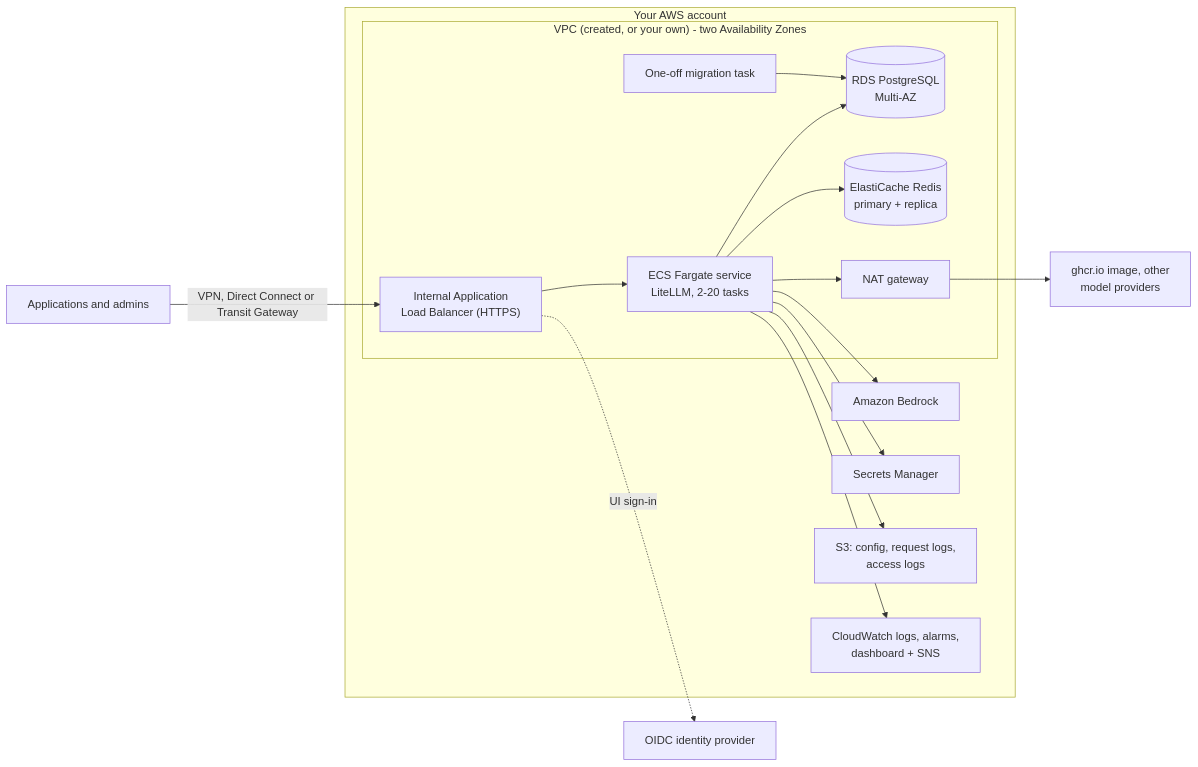
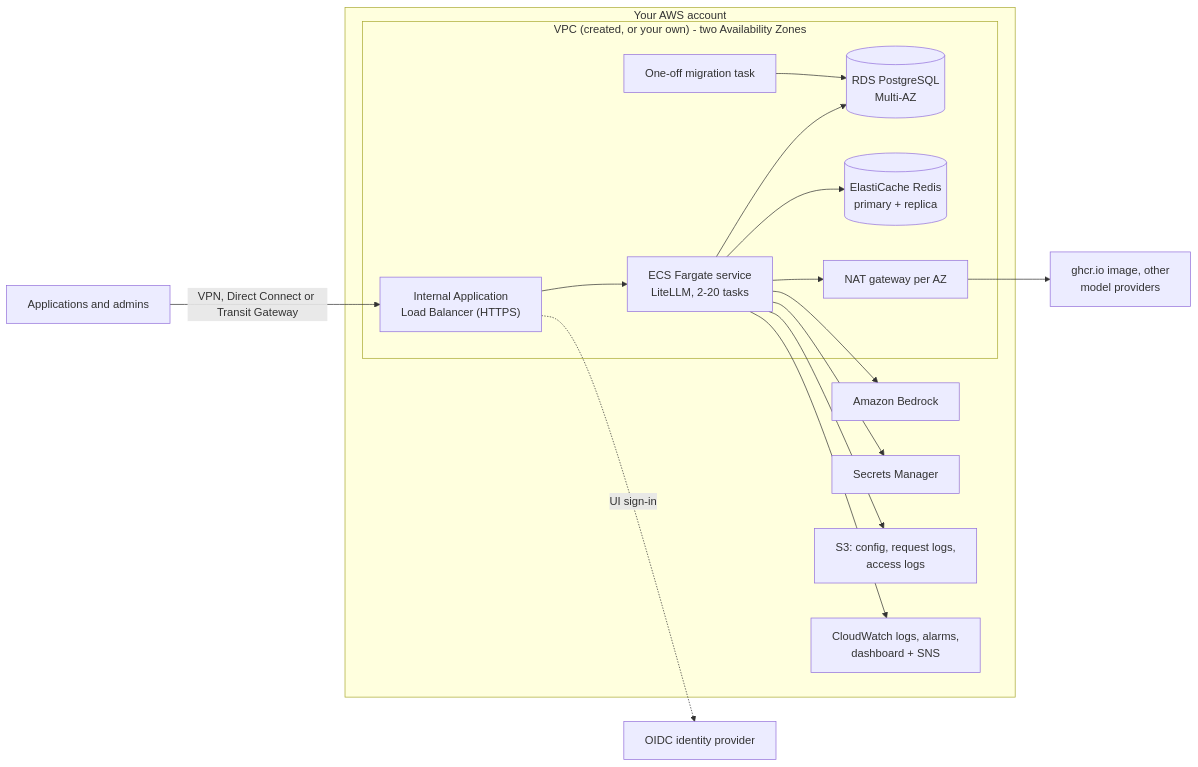
Before and after one commit to aws-solutions-library-samples/guidance-for-multi-provider-generative-ai-gateway-on-aws: the diagram in README.md, drawn with Mermaid. The commit also changed other lines of this file and 30 other files, not shown here.

````diff
--- a/README.md
+++ b/README.md
@@ -40,34 +40,34 @@
 ```mermaid
 flowchart LR
     clients["Applications and admins"]
     idp["OIDC identity provider"]
 
     subgraph account["Your AWS account"]
         subgraph vpc["VPC (created, or your own) - two Availability Zones"]
             alb["Internal Application<br/>Load Balancer (HTTPS)"]
             ecs["ECS Fargate service<br/>LiteLLM, 2-20 tasks"]
             migrate["One-off migration task"]
             rds[("RDS PostgreSQL<br/>Multi-AZ")]
             redis[("ElastiCache Redis<br/>primary + replica")]
-            nat["NAT gateway"]
+            nat["NAT gateway per AZ"]
         end
         bedrock["Amazon Bedrock"]
         secrets["Secrets Manager"]
         s3["S3: config, request logs,<br/>access logs"]
         cw["CloudWatch logs, alarms,<br/>dashboard + SNS"]
     end
 
     providers["ghcr.io image, other<br/>model providers"]
 
     clients -- "VPN, Direct Connect or Transit Gateway" --> alb
     alb -. "UI sign-in" .-> idp
     alb --> ecs
     ecs --> rds
     ecs --> redis
     migrate --> rds
     ecs --> bedrock
     ecs --> secrets
     ecs --> s3
     ecs --> cw
     ecs --> nat --> providers
 ```
````
